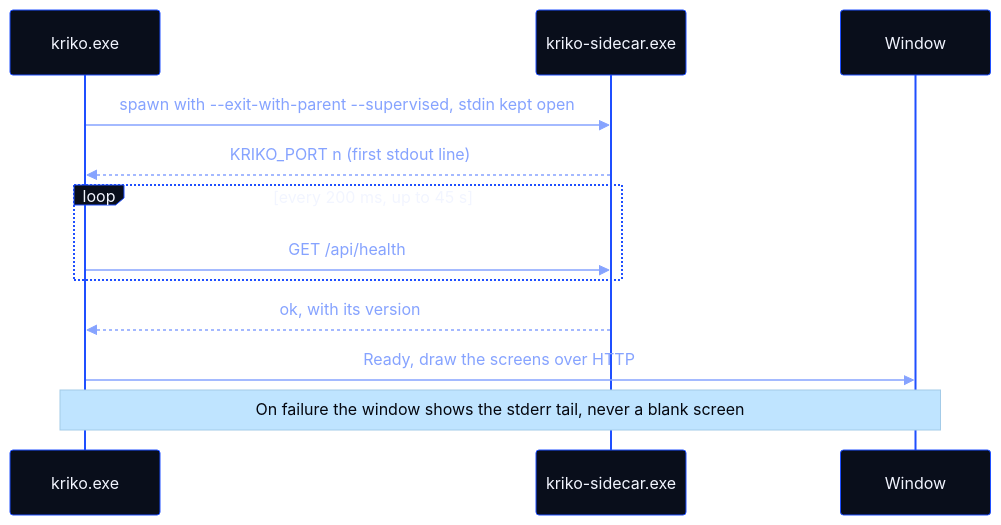
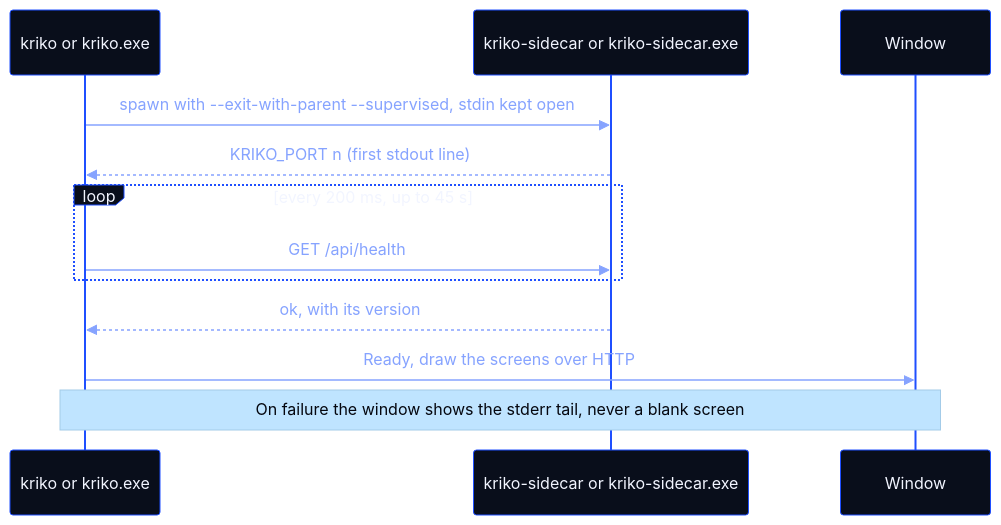
The first of 3 diagrams in kriko-gpui/README.md (Berbadov/kriko), drawn with Mermaid before and after one commit. The commit also changed other lines of this file and 76 other files, not shown here.

````diff
--- a/kriko-gpui/README.md
+++ b/kriko-gpui/README.md
@@ -47,15 +47,15 @@
 ```mermaid
 %%{init: {"theme":"base","themeVariables":{"fontFamily":"ui-monospace, SFMono-Regular, Consolas, monospace","primaryColor":"#090E1B","primaryTextColor":"#F2F5FF","primaryBorderColor":"#1F4FFF","lineColor":"#86A3FF","secondaryColor":"#1739C2","tertiaryColor":"#080B16","noteBkgColor":"#BFE4FF","noteTextColor":"#05070F","actorBkg":"#090E1B","actorTextColor":"#F2F5FF","actorBorder":"#1F4FFF","signalColor":"#86A3FF","signalTextColor":"#86A3FF"}}}%%
 sequenceDiagram
-    participant App as kriko.exe
-    participant Side as kriko-sidecar.exe
+    participant App as kriko or kriko.exe
+    participant Side as kriko-sidecar or kriko-sidecar.exe
     participant Win as Window
     App->>Side: spawn with --exit-with-parent --supervised, stdin kept open
     Side-->>App: KRIKO_PORT n (first stdout line)
     loop every 200 ms, up to 45 s
         App->>Side: GET /api/health
     end
     Side-->>App: ok, with its version
     App->>Win: Ready, draw the screens over HTTP
     Note over App,Win: On failure the window shows the stderr tail, never a blank screen
 ```
````
